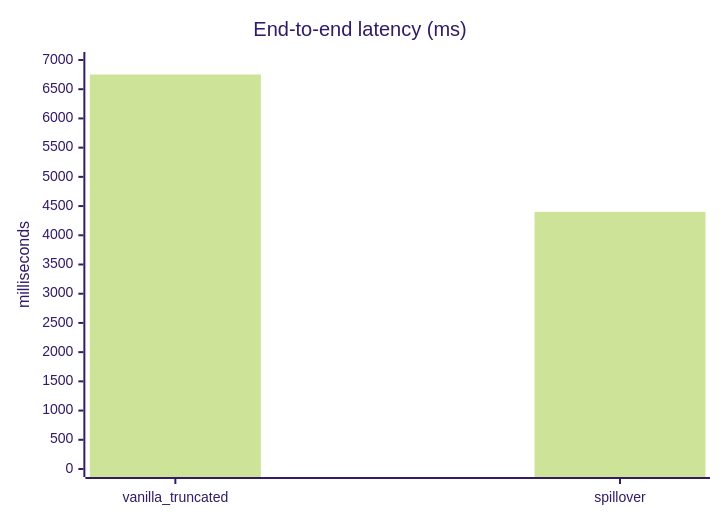
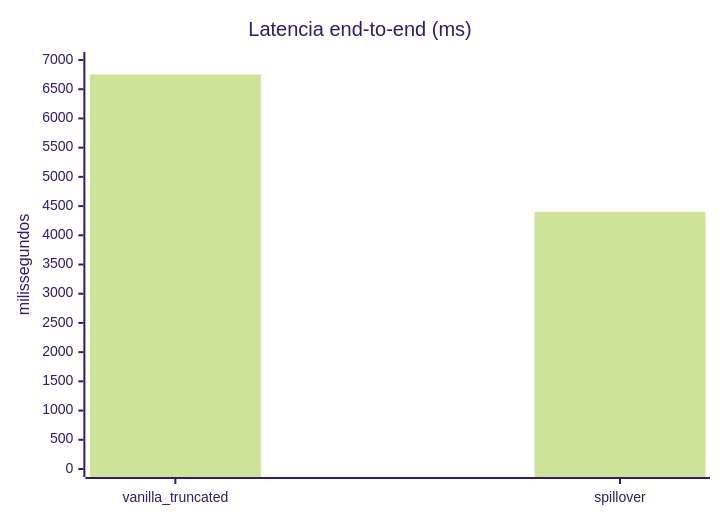
The third of 3 diagrams in docs/architecture/10-performance-heavy.md (Luizhcrs/spillover), drawn with Mermaid (forest theme) before and after one commit. The commit also changed other lines of this file and 12 other files, not shown here.

Commit message:
docs(architecture): traduzir 13 docs pra PT-BR

````diff
--- a/docs/architecture/10-performance-heavy.md
+++ b/docs/architecture/10-performance-heavy.md
@@ -23,7 +23,7 @@
 ```mermaid
 xychart-beta
-    title "End-to-end latency (ms)"
+    title "Latencia end-to-end (ms)"
     x-axis ["vanilla_truncated", "spillover"]
-    y-axis "milliseconds" 0 --> 7000
+    y-axis "milissegundos" 0 --> 7000
     bar [6752, 4401]
 ```
````
